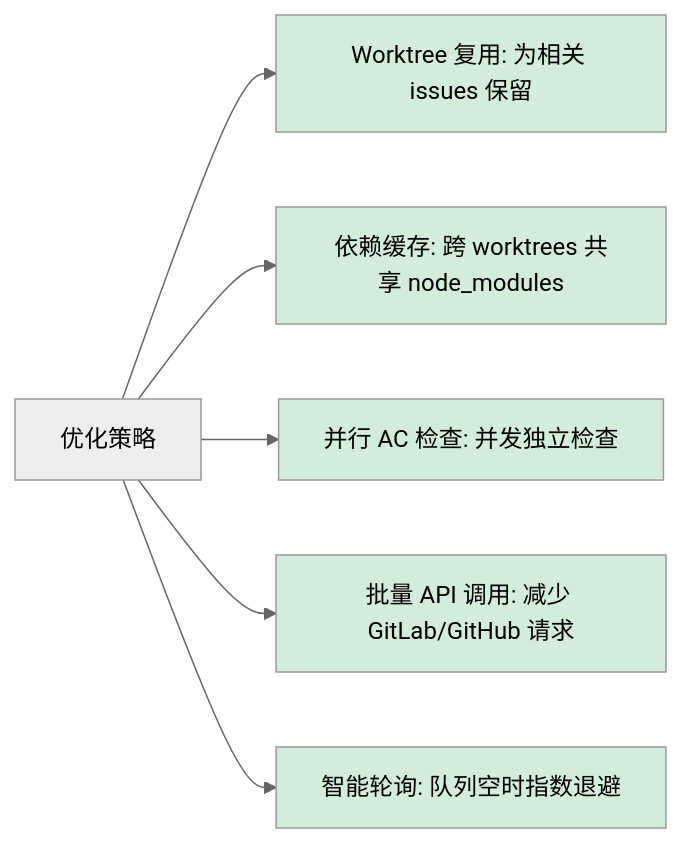
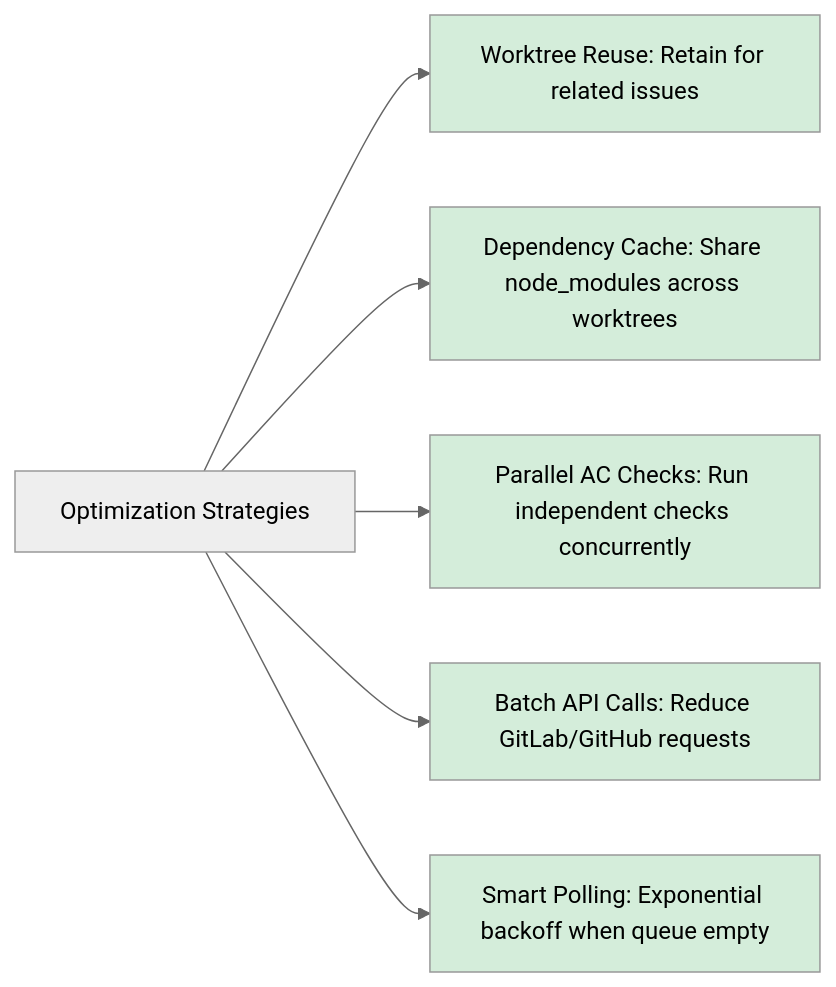
The ninth of 9 diagrams in docs/WORKFLOWS.md (easyhaloo/afk), drawn with Mermaid (neutral theme) before and after one commit. The commit also changed other lines of this file, not shown here.

````diff
--- a/docs/WORKFLOWS.md
+++ b/docs/WORKFLOWS.md
@@ -497,11 +497,11 @@
 ```mermaid
 graph LR
-    Opt[优化策略] --> W1["Worktree 复用: 为相关 issues 保留"]
-    Opt --> W2["依赖缓存: 跨 worktrees 共享 node_modules"]
-    Opt --> W3["并行 AC 检查: 并发独立检查"]
-    Opt --> W4["批量 API 调用: 减少 GitLab/GitHub 请求"]
-    Opt --> W5["智能轮询: 队列空时指数退避"]
+    Opt[Optimization Strategies] --> W1["Worktree Reuse: Retain for related issues"]
+    Opt --> W2["Dependency Cache: Share node_modules across worktrees"]
+    Opt --> W3["Parallel AC Checks: Run independent checks concurrently"]
+    Opt --> W4["Batch API Calls: Reduce GitLab/GitHub requests"]
+    Opt --> W5["Smart Polling: Exponential backoff when queue empty"]
 
     classDef opt fill:#d4edda
     class W1,W2,W3,W4,W5 opt
 ```
````
